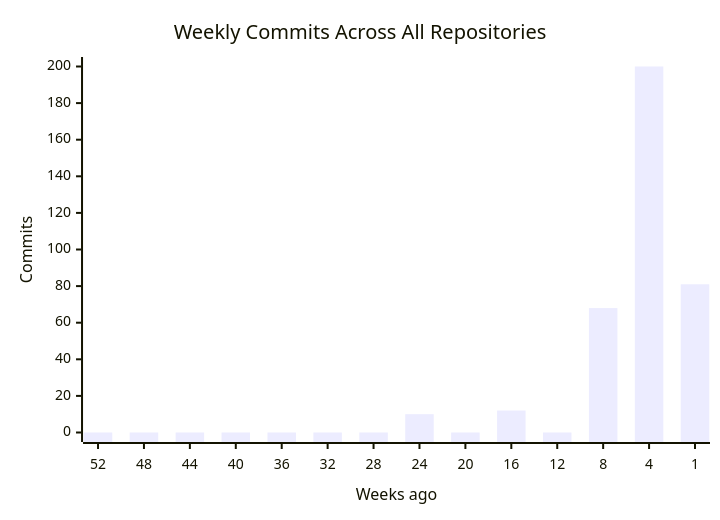
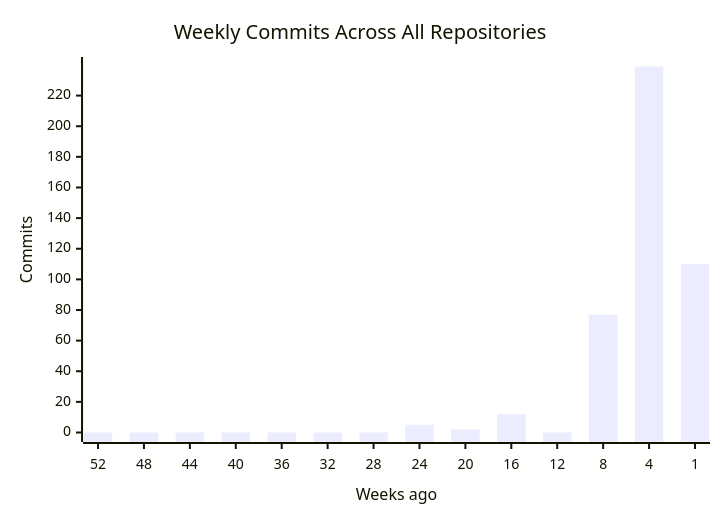
One commit to CSTH-Projects/.github changed the first of 4 diagrams in profile/README.md. Above: the diagram before and after it, drawn with Mermaid. The commit also changed other lines of this file, not shown here.

````diff
--- a/profile/README.md
+++ b/profile/README.md
@@ -16,7 +16,7 @@
 ```mermaid
 xychart-beta
     title "Weekly Commits Across All Repositories"
     x-axis "Weeks ago" [52, 48, 44, 40, 36, 32, 28, 24, 20, 16, 12, 8, 4, 1]
     y-axis "Commits"
-    bar [0, 0, 0, 0, 0, 0, 0, 10, 0, 12, 0, 68, 200, 81]
+    bar [0, 0, 0, 0, 0, 0, 0, 5, 2, 12, 0, 77, 239, 110]
 ```
````
